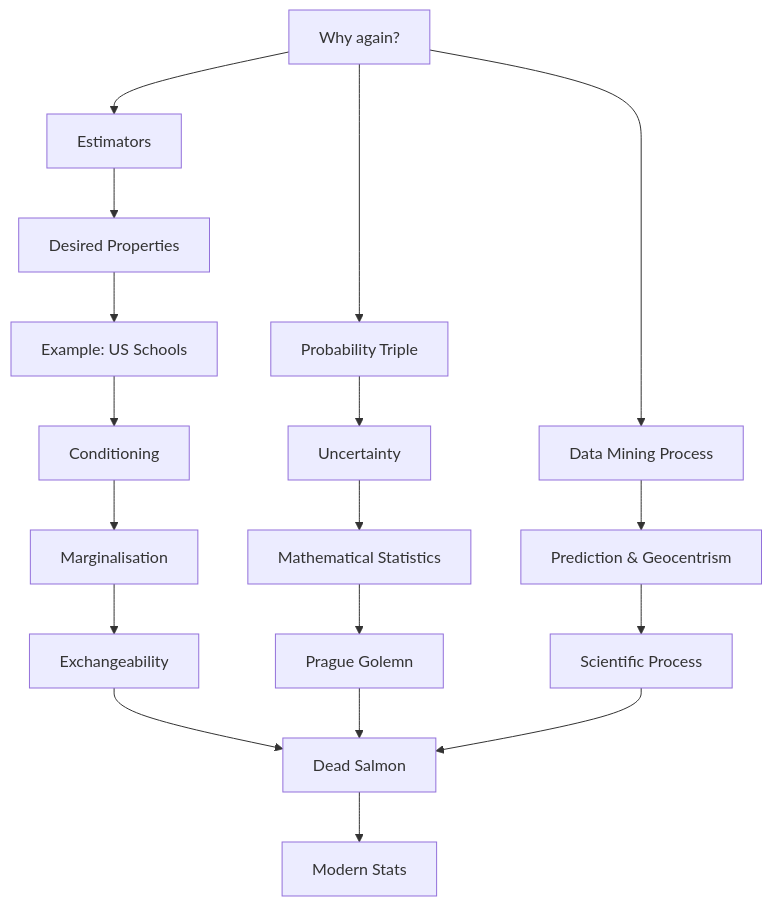
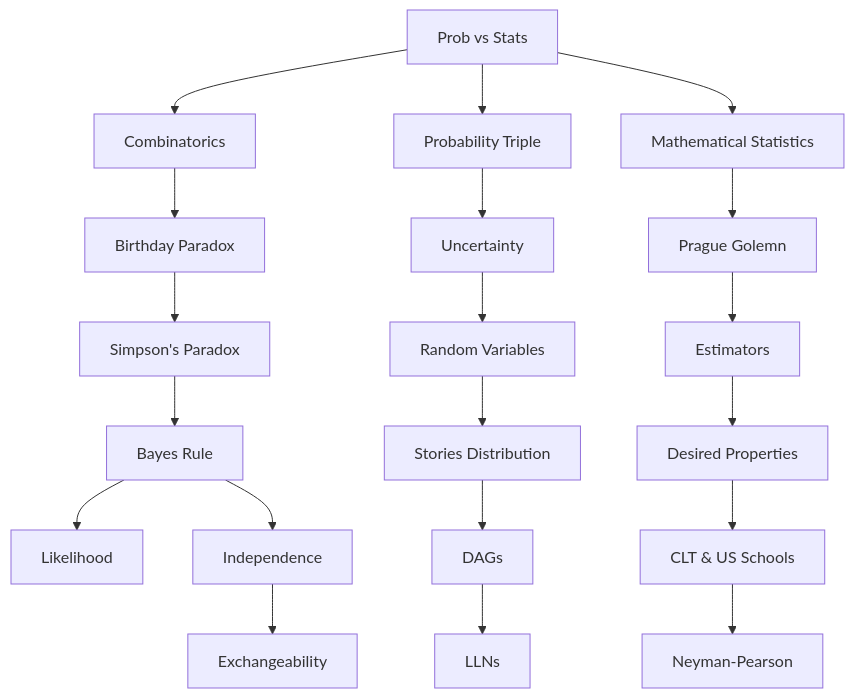
One commit to Bizovi/decision-making-website changed the first of 2 diagrams in course_book/01_fundamentals/stat_foundations.qmd. Above: the diagram before and after it, drawn with Mermaid. The commit also changed other lines of this file and 6 other files, not shown here.

````diff
--- a/course_book/01_fundamentals/stat_foundations.qmd
+++ b/course_book/01_fundamentals/stat_foundations.qmd
@@ -30,24 +30,19 @@
 ```{mermaid}
 %%| label: fig-mermaid
 %%| fig-width: 9
 %%| fig-cap: |
-%%|   In this chapter and set of lectures, I attempt to reformulate fundamental
+%%|   In this chapter and set of lectures, I attempt to review fundamental
 %%|   statistical ideas, concepts, and tools, in order to show their relevance in 
 %%|   the day-to-day practice and decision-making. A secondary objective is to 
 %%|   fill in the conceptual gaps left by the fact that it's hard to make sense 
 %%|   of it all the first time we're encountering it in the classroom.
 
 flowchart TD
-	Motiv[Why again?] --> ProbT[Probability Triple] --> SI[Uncertainty]
-	SI --> MS[Mathematical Statistics] --> GP[Prague Golemn]
+	Motiv[Prob vs Stats] --> C[Combinatorics] --> BD[Birthday Paradox] --> SP[Simpson's Paradox] --> Bayes[Bayes Rule] --> LL[Likelihood]
+	
+	Bayes --> Ind[Independence] --> Ex[Exchangeability]
+	Motiv --> ProbT[Probability Triple] --> SI[Uncertainty] --> RV[Random Variables] --> PDF[Stories Distribution] --> DAG[DAGs] --> LLN[LLNs]
 
-	Motiv --> Estim[Estimators] --> Prop[Desired Properties] --> US[Example: US Schools] --> Cond[Conditioning] --> Marg[Marginalisation] --> Ex[Exchangeability]
+	Motiv --> MS[Mathematical Statistics] --> GP[Prague Golemn] --> Estim[Estimators] --> Prop[Desired Properties] --> US[CLT & US Schools] --> NP[Neyman-Pearson]
 
-	Motiv --> DM[Data Mining Process] --> G[Prediction & Geocentrism] --> Sci[Scientific Process]
-
-	Ex --> Dead[Dead Salmon]
-	GP --> Dead
-	Sci --> Dead
-
-	Dead --> Mod[Modern Stats]
 ```
````
